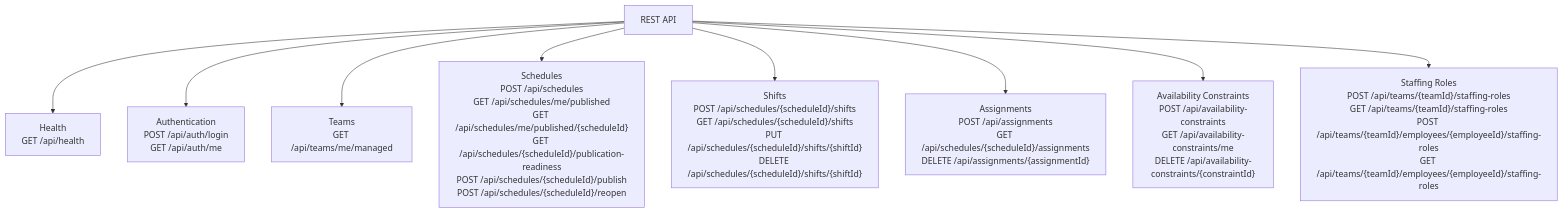
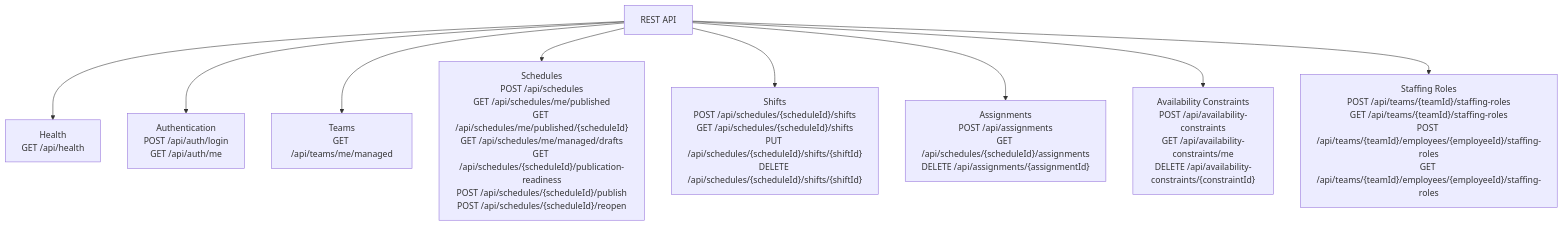
One commit to HiliMor/shift-management-system changed the fifth of 14 diagrams in docs/current-backend-architecture.md. Above: the diagram before and after it, drawn with Mermaid. The commit also changed other lines of this file and 10 other files, not shown here.

````diff
--- a/docs/current-backend-architecture.md
+++ b/docs/current-backend-architecture.md
@@ -224,22 +226,22 @@
 ```mermaid
 flowchart TD
     api["REST API"]
 
     healthApi["Health<br/>GET /api/health"]
     authApi["Authentication<br/>POST /api/auth/login<br/>GET /api/auth/me"]
     teamsApi["Teams<br/>GET /api/teams/me/managed"]
-    schedulesApi["Schedules<br/>POST /api/schedules<br/>GET /api/schedules/me/published<br/>GET /api/schedules/me/published/{scheduleId}<br/>GET /api/schedules/{scheduleId}/publication-readiness<br/>POST /api/schedules/{scheduleId}/publish<br/>POST /api/schedules/{scheduleId}/reopen"]
+    schedulesApi["Schedules<br/>POST /api/schedules<br/>GET /api/schedules/me/published<br/>GET /api/schedules/me/published/{scheduleId}<br/>GET /api/schedules/me/managed/drafts<br/>GET /api/schedules/{scheduleId}/publication-readiness<br/>POST /api/schedules/{scheduleId}/publish<br/>POST /api/schedules/{scheduleId}/reopen"]
     shiftsApi["Shifts<br/>POST /api/schedules/{scheduleId}/shifts<br/>GET /api/schedules/{scheduleId}/shifts<br/>PUT /api/schedules/{scheduleId}/shifts/{shiftId}<br/>DELETE /api/schedules/{scheduleId}/shifts/{shiftId}"]
     assignmentsApi["Assignments<br/>POST /api/assignments<br/>GET /api/schedules/{scheduleId}/assignments<br/>DELETE /api/assignments/{assignmentId}"]
     availabilityApi["Availability Constraints<br/>POST /api/availability-constraints<br/>GET /api/availability-constraints/me<br/>DELETE /api/availability-constraints/{constraintId}"]
     staffingApi["Staffing Roles<br/>POST /api/teams/{teamId}/staffing-roles<br/>GET /api/teams/{teamId}/staffing-roles<br/>POST /api/teams/{teamId}/employees/{employeeId}/staffing-roles<br/>GET /api/teams/{teamId}/employees/{employeeId}/staffing-roles"]
 
     api --> healthApi
     api --> authApi
     api --> teamsApi
     api --> schedulesApi
     api --> shiftsApi
     api --> assignmentsApi
     api --> availabilityApi
     api --> staffingApi
 ```
````
